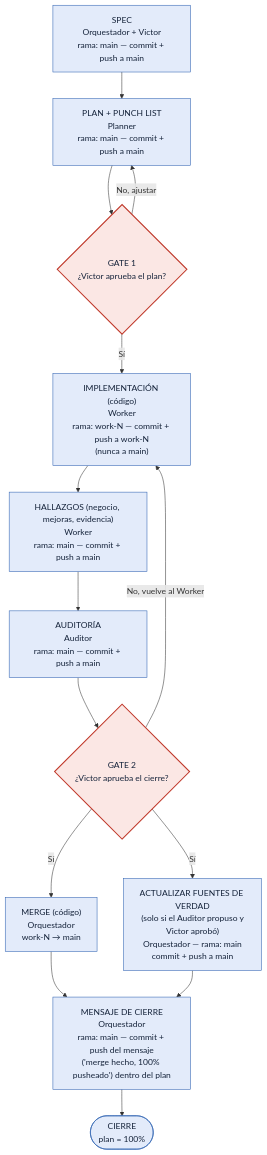
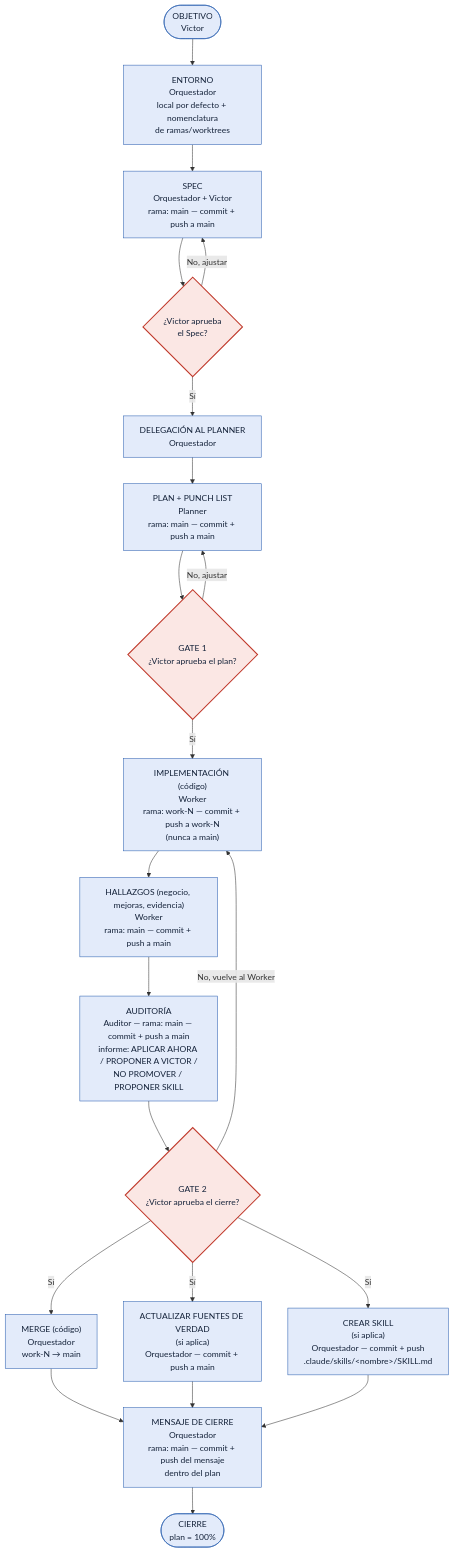
The diagram in diagrama-commit-push-merge-gates.md (220682/pg_control_proyectos), drawn with Mermaid before and after one commit. The commit also changed other lines of this file, not shown here.

First line of the commit message:
docs: completa el diagrama del Spec al Cierre con Skill y entorno

````diff
--- a/diagrama-commit-push-merge-gates.md
+++ b/diagrama-commit-push-merge-gates.md
@@ -26,27 +31,35 @@
 ```mermaid
 flowchart TD
+    V0(["OBJETIVO<br/>Victor"])
+    ENV["ENTORNO<br/>Orquestador<br/>local por defecto + nomenclatura<br/>de ramas/worktrees"]
     N1["SPEC<br/>Orquestador + Victor<br/>rama: main — commit + push a main"]
+    GateSpec{"¿Victor aprueba<br/>el Spec?"}
+    DELEG["DELEGACIÓN AL PLANNER<br/>Orquestador"]
     N2["PLAN + PUNCH LIST<br/>Planner<br/>rama: main — commit + push a main"]
     G1{"GATE 1<br/>¿Victor aprueba el plan?"}
     N3["IMPLEMENTACIÓN (código)<br/>Worker<br/>rama: work-N — commit + push a work-N<br/>(nunca a main)"]
     N4["HALLAZGOS (negocio, mejoras, evidencia)<br/>Worker<br/>rama: main — commit + push a main"]
-    N5["AUDITORÍA<br/>Auditor<br/>rama: main — commit + push a main"]
+    N5["AUDITORÍA<br/>Auditor — rama: main — commit + push a main<br/>informe: APLICAR AHORA / PROPONER A VICTOR /<br/>NO PROMOVER / PROPONER SKILL"]
     G2{"GATE 2<br/>¿Victor aprueba el cierre?"}
     N6a["MERGE (código)<br/>Orquestador<br/>work-N → main"]
-    N6b["ACTUALIZAR FUENTES DE VERDAD<br/>(solo si el Auditor propuso y<br/>Victor aprobó)<br/>Orquestador — rama: main<br/>commit + push a main"]
-    N7["MENSAJE DE CIERRE<br/>Orquestador<br/>rama: main — commit + push del mensaje<br/>('merge hecho, 100% pusheado') dentro del plan"]
+    N6b["ACTUALIZAR FUENTES DE VERDAD<br/>(si aplica)<br/>Orquestador — commit + push a main"]
+    N6c["CREAR SKILL<br/>(si aplica)<br/>Orquestador — commit + push<br/>.claude/skills/&lt;nombre&gt;/SKILL.md"]
+    N7["MENSAJE DE CIERRE<br/>Orquestador<br/>rama: main — commit + push del mensaje<br/>dentro del plan"]
     N8(["CIERRE<br/>plan = 100%"])
 
-    N1 --> N2 --> G1
+    V0 --> ENV --> N1 --> GateSpec
+    GateSpec -- No, ajustar --> N1
+    GateSpec -- Sí --> DELEG --> N2 --> G1
     G1 -- No, ajustar --> N2
     G1 -- Sí --> N3 --> N4 --> N5 --> G2
     G2 -- No, vuelve al Worker --> N3
     G2 -- Sí --> N6a --> N7
     G2 -- Sí --> N6b --> N7
+    G2 -- Sí --> N6c --> N7
     N7 --> N8
 
     classDef gate fill:#fbe7e4,stroke:#c0392b,color:#15233a,stroke-width:2px;
     classDef paso fill:#e3ebfa,stroke:#2b5fb0,color:#15233a;
-    class G1,G2 gate;
-    class N1,N2,N3,N4,N5,N6a,N6b,N7,N8 paso;
+    class GateSpec,G1,G2 gate;
+    class V0,ENV,N1,DELEG,N2,N3,N4,N5,N6a,N6b,N6c,N7,N8 paso;
 ```
````
